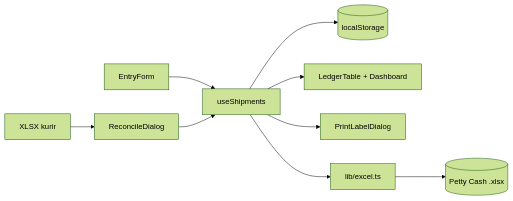
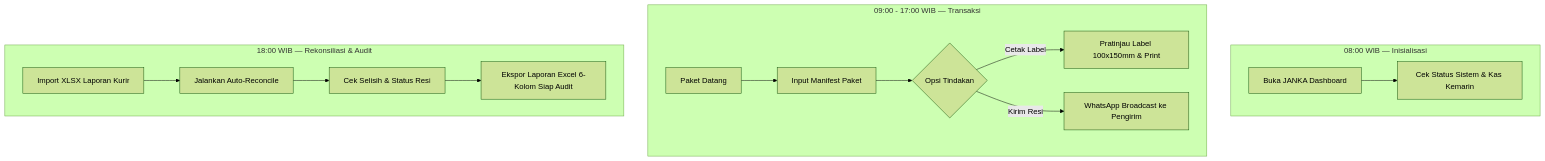
The diagram in README.md (kaarlyz/janka), drawn with Mermaid (forest theme) before and after one commit. The commit also changed other lines of this file and 11 other files, not shown here.

````diff
--- a/README.md
+++ b/README.md
@@ -106,11 +65,19 @@
 ```mermaid
-flowchart LR
-    A[EntryForm] --> B[useShipments]
-    B --> C[(localStorage)]
-    B --> D[LedgerTable + Dashboard]
-    B --> E[PrintLabelDialog]
-    F[XLSX kurir] --> G[ReconcileDialog]
-    G --> B
-    B --> H[lib/excel.ts]
-    H --> I[(Petty Cash .xlsx)]
+flowchart TD
+    subgraph Pagi [08:00 WIB — Inisialisasi]
+        A[Buka JANKA Dashboard] --> B[Cek Status Sistem & Kas Kemarin]
+    end
+
+    subgraph Operasional [09:00 - 17:00 WIB — Transaksi]
+        C[Paket Datang] --> D[Input Manifest Paket]
+        D --> E{Opsi Tindakan}
+        E -->|Cetak Label| F[Pratinjau Label 100x150mm & Print]
+        E -->|Kirim Resi| G[WhatsApp Broadcast ke Pengirim]
+    end
+
+    subgraph Closing [18:00 WIB — Rekonsiliasi & Audit]
+        H[Import XLSX Laporan Kurir] --> I[Jalankan Auto-Reconcile]
+        I --> J[Cek Selisih & Status Resi]
+        J --> K[Ekspor Laporan Excel 6-Kolom Siap Audit]
+    end
 ```
````
